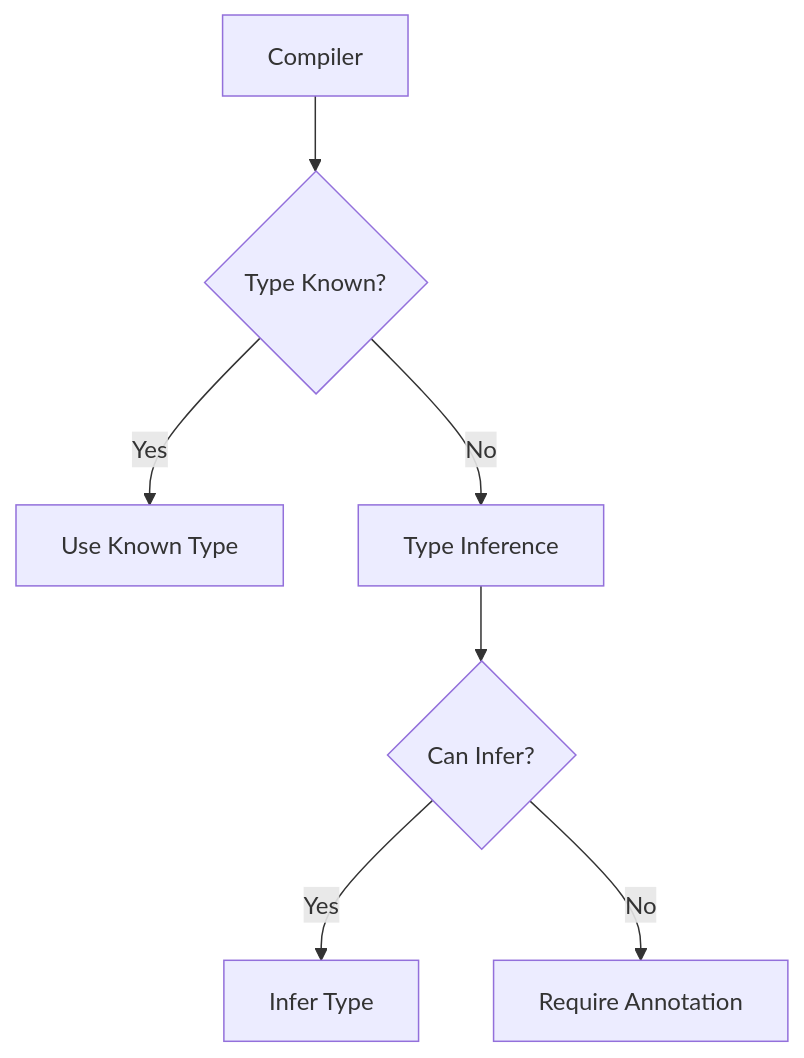
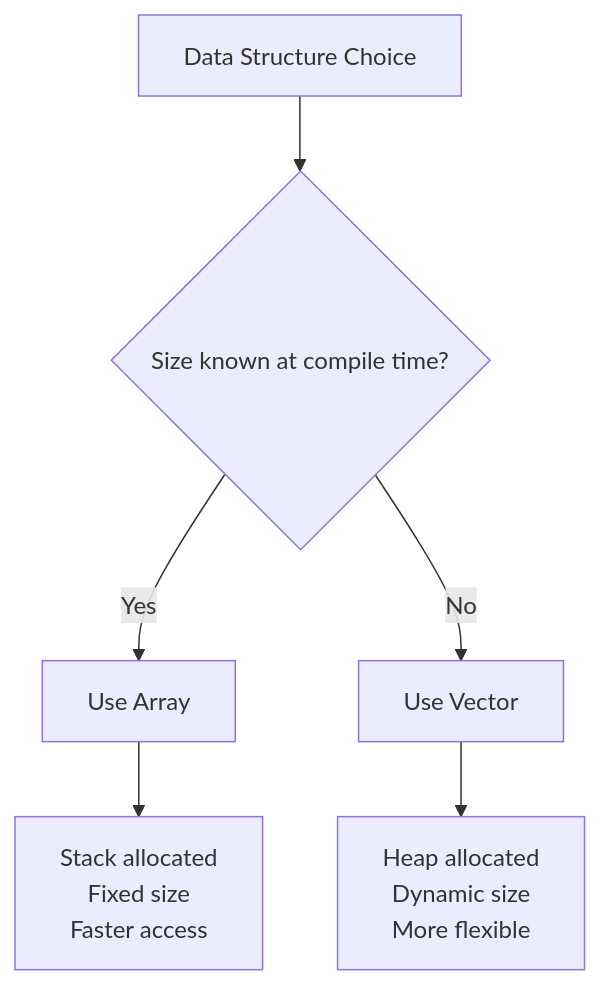
One commit to khieu-dv/vievlog changed the third of 3 diagrams in src/content/soft-skills/rust/bai-3.mdx. Above: the diagram before and after it, drawn with Mermaid. The commit also changed other lines of this file, not shown here.

````diff
--- a/src/content/soft-skills/rust/bai-3.mdx
+++ b/src/content/soft-skills/rust/bai-3.mdx
@@ -230,9 +205,8 @@
 ```mermaid
-flowchart TD
-    A[Compiler] --> B{Type Known?}
-    B -->|Yes| C[Use Known Type]
-    B -->|No| D[Type Inference]
-    D --> E{Can Infer?}
-    E -->|Yes| F[Infer Type]
-    E -->|No| G[Require Annotation]
+graph TB
+    A[Data Structure Choice] --> B{Size known at compile time?}
+    B -->|Yes| C[Use Array]
+    B -->|No| D[Use Vector]
+    C --> E[Stack allocated<br/>Fixed size<br/>Faster access]
+    D --> F[Heap allocated<br/>Dynamic size<br/>More flexible]
 ```
````
